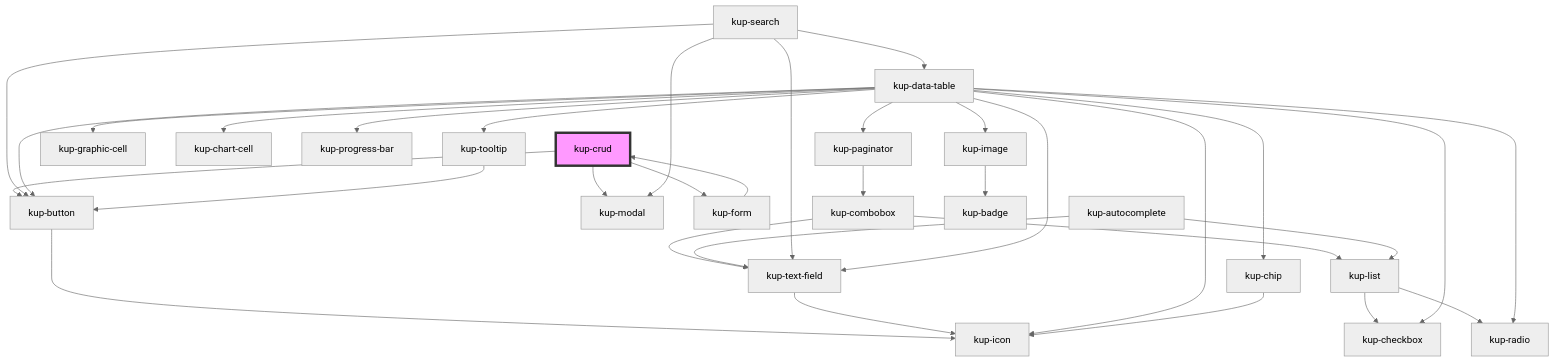
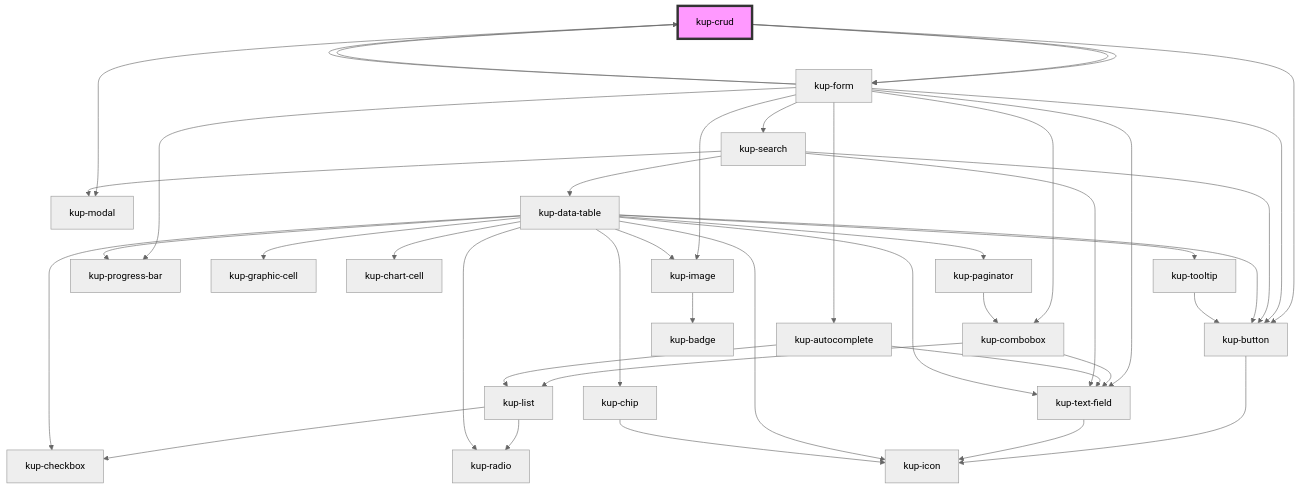
One commit to smeup/ketchup changed the diagram in packages/ketchup/src/components/kup-crud/readme.md. Above: the diagram before and after it, drawn with Mermaid (neutral theme). The commit also changed other lines of this file and 40 other files, not shown here.

Commit message:
Autocomplete showcase. Removed old fieldId props. Renewed readmes. Removed portal. Removed text-input. Removed chip-knowloedge.

````diff
--- a/packages/ketchup/src/components/kup-crud/readme.md
+++ b/packages/ketchup/src/components/kup-crud/readme.md
@@ -80,36 +81,45 @@
 ```mermaid
 graph TD;
   kup-crud --> kup-button
   kup-crud --> kup-modal
   kup-crud --> kup-form
+  kup-crud --> kup-form
   kup-button --> kup-icon
+  kup-form --> kup-combobox
+  kup-form --> kup-crud
+  kup-form --> kup-autocomplete
+  kup-form --> kup-search
+  kup-form --> kup-image
+  kup-form --> kup-progress-bar
+  kup-form --> kup-text-field
+  kup-form --> kup-button
   kup-form --> kup-crud
   kup-combobox --> kup-text-field
   kup-combobox --> kup-list
   kup-text-field --> kup-icon
   kup-list --> kup-radio
   kup-list --> kup-checkbox
   kup-autocomplete --> kup-text-field
   kup-autocomplete --> kup-list
   kup-search --> kup-text-field
   kup-search --> kup-button
   kup-search --> kup-modal
   kup-search --> kup-data-table
   kup-data-table --> kup-checkbox
   kup-data-table --> kup-text-field
   kup-data-table --> kup-icon
   kup-data-table --> kup-image
   kup-data-table --> kup-button
   kup-data-table --> kup-graphic-cell
   kup-data-table --> kup-chart-cell
   kup-data-table --> kup-progress-bar
   kup-data-table --> kup-radio
   kup-data-table --> kup-tooltip
   kup-data-table --> kup-paginator
   kup-data-table --> kup-chip
   kup-image --> kup-badge
   kup-tooltip --> kup-button
   kup-paginator --> kup-combobox
   kup-chip --> kup-icon
   style kup-crud fill:#f9f,stroke:#333,stroke-width:4px
 ```
````
